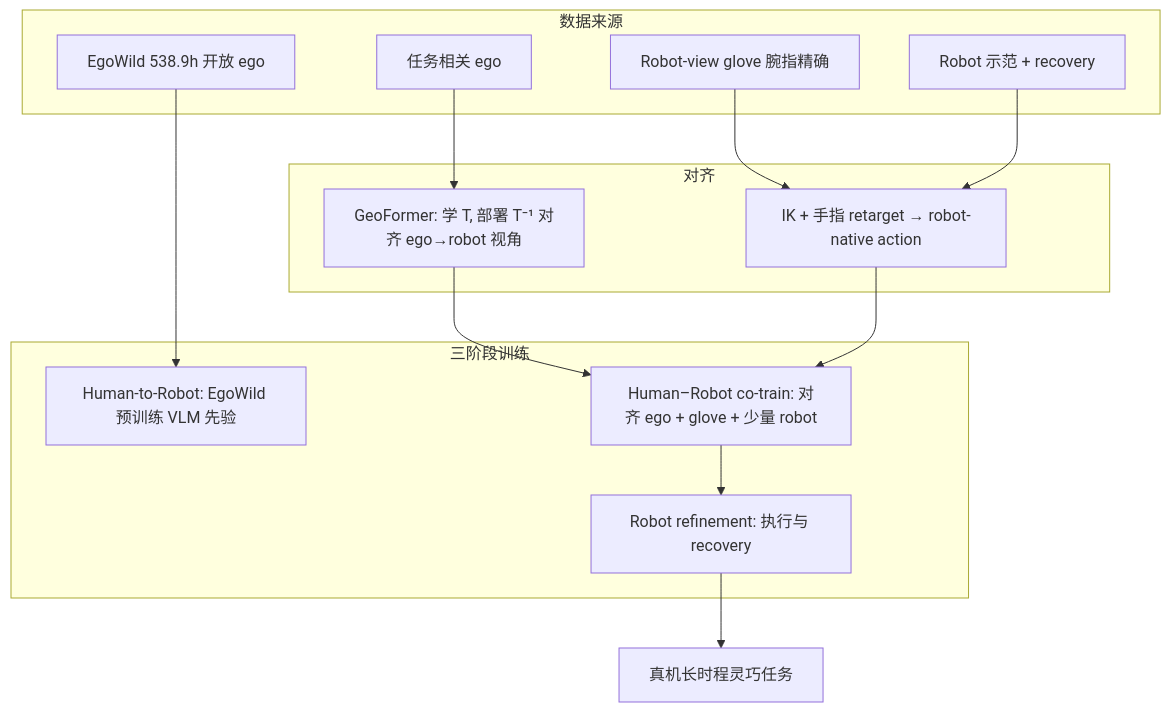
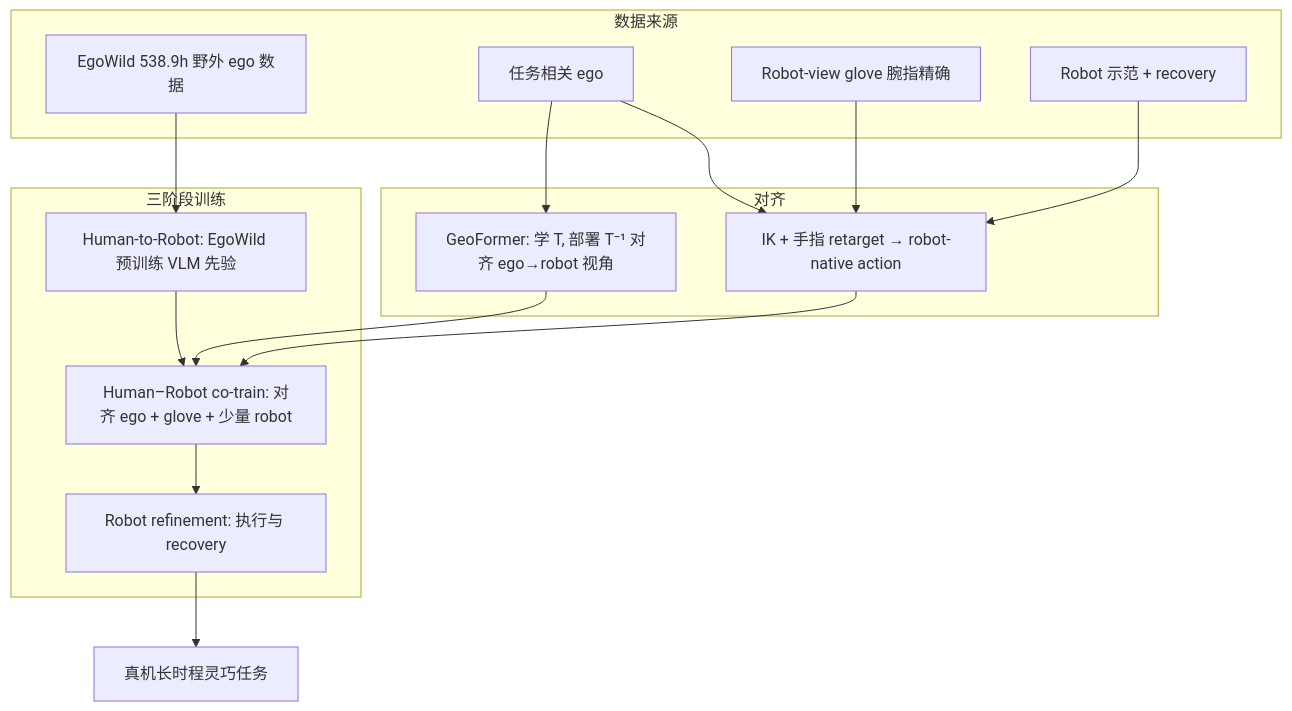
The diagram in wiki/entities/paper-egowild2dex.md (ImChong/Robotics_Notebooks), drawn with Mermaid before and after one commit. The commit also changed other lines of this file, not shown here.

````diff
--- a/wiki/entities/paper-egowild2dex.md
+++ b/wiki/entities/paper-egowild2dex.md
@@ -59,26 +63,28 @@
 ```mermaid
 flowchart TB
   subgraph data [数据来源]
-    ew[EgoWild 538.9h 开放 ego]
+    ew["EgoWild 538.9h 野外 ego 数据"]
     tego[任务相关 ego]
     glove[Robot-view glove 腕指精确]
     rob[Robot 示范 + recovery]
   end
   subgraph align [对齐]
     gf[GeoFormer: 学 T, 部署 T⁻¹ 对齐 ego→robot 视角]
     act[IK + 手指 retarget → robot-native action]
   end
   subgraph train [三阶段训练]
     s1[Human-to-Robot: EgoWild 预训练 VLM 先验]
     s2[Human–Robot co-train: 对齐 ego + glove + 少量 robot]
     s3[Robot refinement: 执行与 recovery]
   end
   ew --> s1
+  s1 --> s2
+  tego --> act
   tego --> gf
   gf --> s2
   glove --> act
   rob --> act
   act --> s2
   s2 --> s3
   s3 --> deploy[真机长时程灵巧任务]
 ```
````
